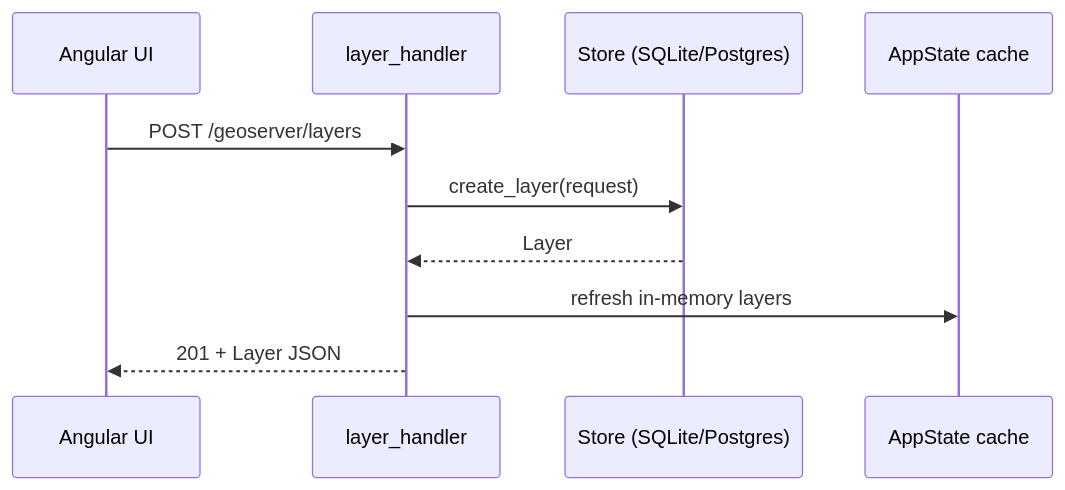
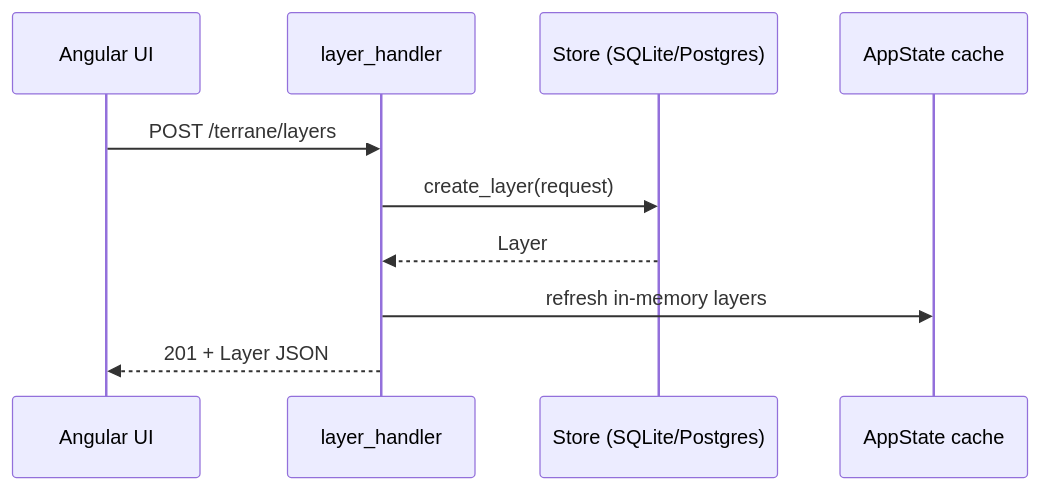
One commit to kakach96/Terrane changed the fourth of 7 diagrams in docs/ARCHITECTURE.md. Above: the diagram before and after it, drawn with Mermaid. The commit also changed other lines of this file and 108 other files, not shown here.

Commit message:
refactor: migrate geoserver naming to terrane (types, env prefix, defaults, frontend, tests, docker, docs)

````diff
--- a/docs/ARCHITECTURE.md
+++ b/docs/ARCHITECTURE.md
@@ -191,13 +191,13 @@
 ```mermaid
 sequenceDiagram
     participant UI as Angular UI
     participant H as layer_handler
     participant S as Store (SQLite/Postgres)
     participant C as AppState cache
 
-    UI->>H: POST /geoserver/layers
+    UI->>H: POST /terrane/layers
     H->>S: create_layer(request)
     S-->>H: Layer
     H->>C: refresh in-memory layers
     H-->>UI: 201 + Layer JSON
 ```
````
